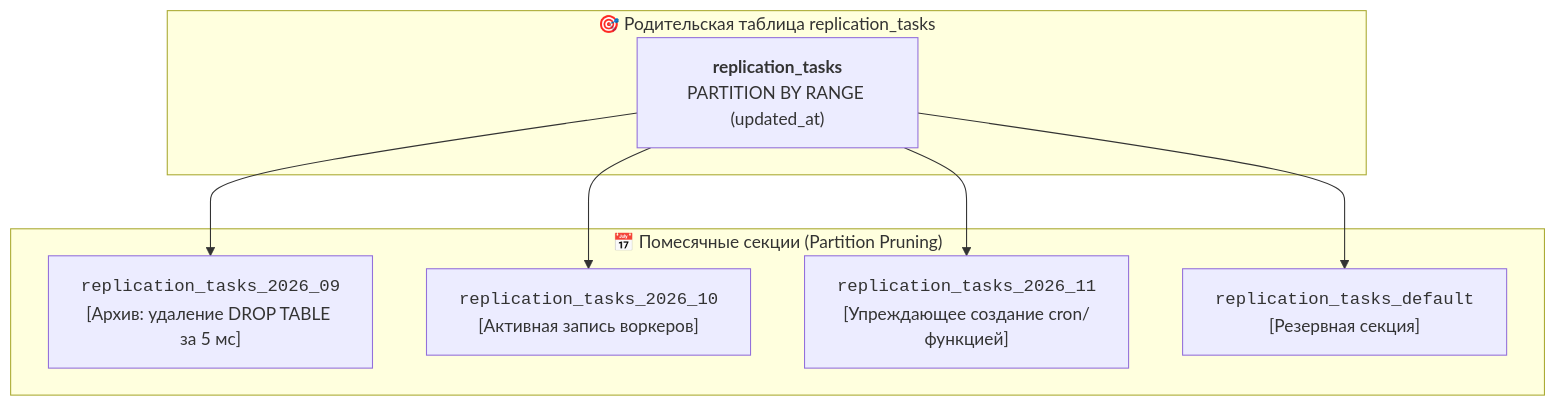
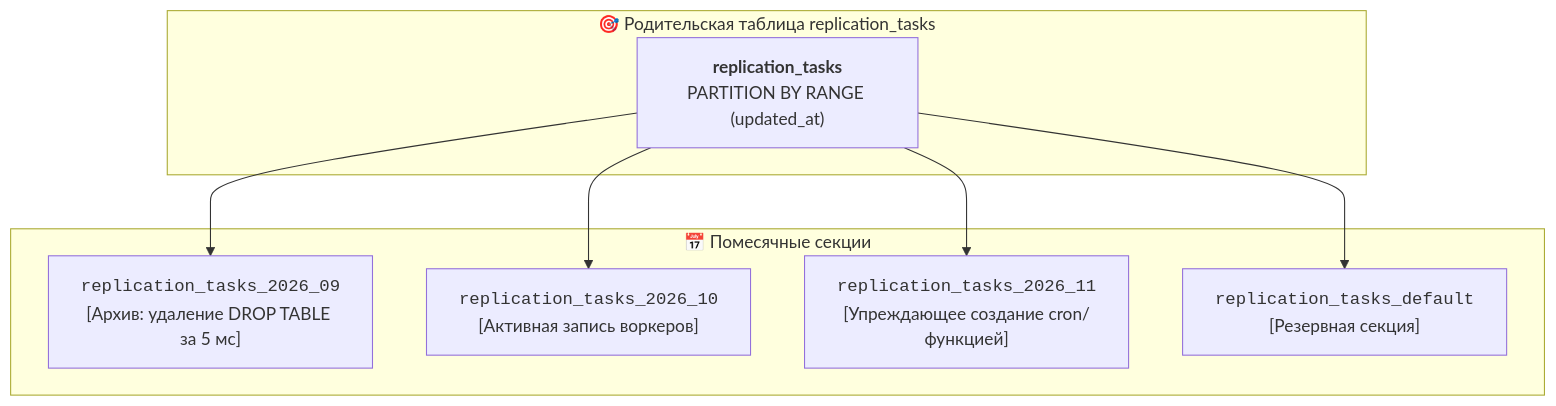
The third of 7 diagrams in docs/replicator-admin-guide.md (balookrd/hadoop-explorer), drawn with Mermaid before and after one commit. The commit also changed other lines of this file and 7 other files, not shown here.

````diff
--- a/docs/replicator-admin-guide.md
+++ b/docs/replicator-admin-guide.md
@@ -326,18 +410,18 @@
 ```mermaid
 flowchart TD
     subgraph Master ["🎯 Родительская таблица replication_tasks"]
         Tasks["<b>replication_tasks</b><br/>PARTITION BY RANGE (updated_at)"]
     end
 
-    subgraph Partitions ["📅 Помесячные секции (Partition Pruning)"]
+    subgraph Partitions ["📅 Помесячные секции"]
         PPrev["<code>replication_tasks_2026_09</code><br/>[Архив: удаление DROP TABLE за 5 мс]"]
         PCurr["<code>replication_tasks_2026_10</code><br/>[Активная запись воркеров]"]
         PNext["<code>replication_tasks_2026_11</code><br/>[Упреждающее создание cron/функцией]"]
         PDef["<code>replication_tasks_default</code><br/>[Резервная секция]"]
     end
 
     Tasks --> PPrev
     Tasks --> PCurr
     Tasks --> PNext
     Tasks --> PDef
 ```
````
